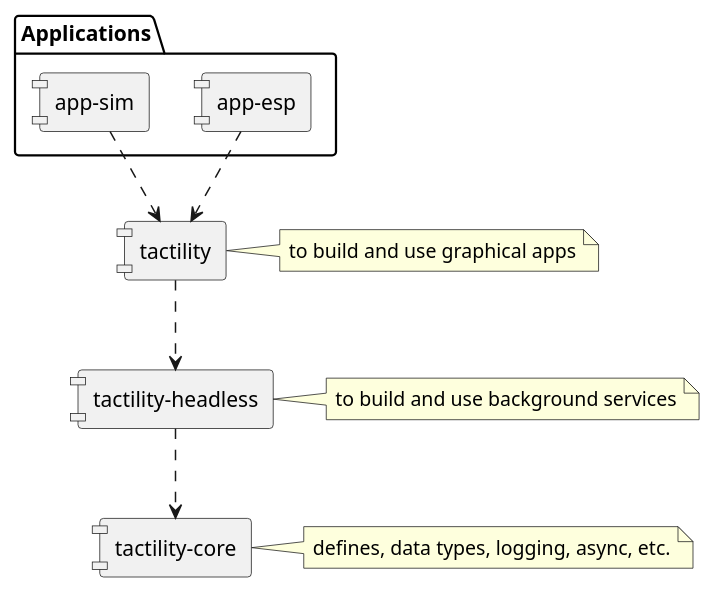
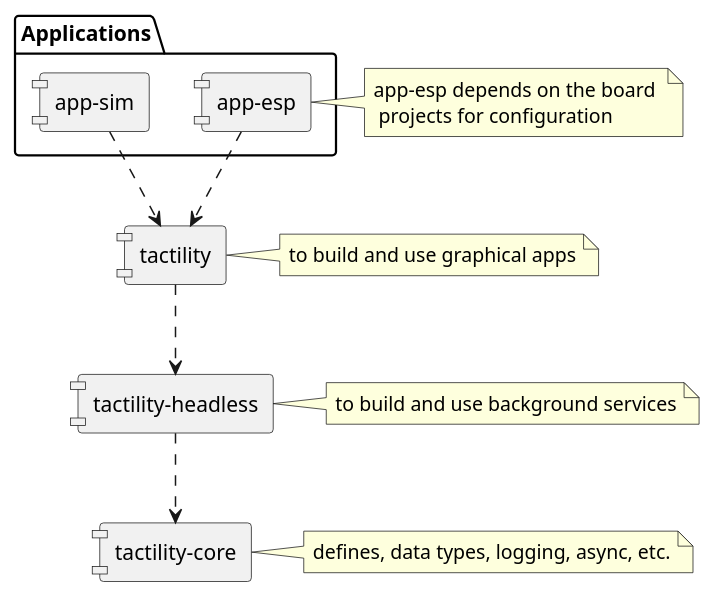
Before and after one commit to ByteWelder/Tactility: the diagram in docs/project-structure.puml, drawn with PlantUML. The commit also changed 41 other files, not shown here.

```diff
--- a/docs/project-structure.puml
+++ b/docs/project-structure.puml
@@ -1,21 +1,23 @@
 @startuml
 skinparam componentStyle uml1
 
 [tactility] as t
 note right of t : to build and use graphical apps
 [tactility-headless] as theadless
 note right of theadless : to build and use background services
 [tactility-core] as tcore
 note right of tcore : defines, data types, logging, async, etc.
 
 package "Applications" {
+  [app-sim] as appsim
   [app-esp] as appesp
-  [app-sim] as appsim
 }
+
+note right of appesp : app-esp depends on the board \n projects for configuration
 
 [t] ..> [theadless]
 [theadless] ..> [tcore]
 [appsim] ..> [t]
 [appesp] ..> [t]
 
 @enduml
```
